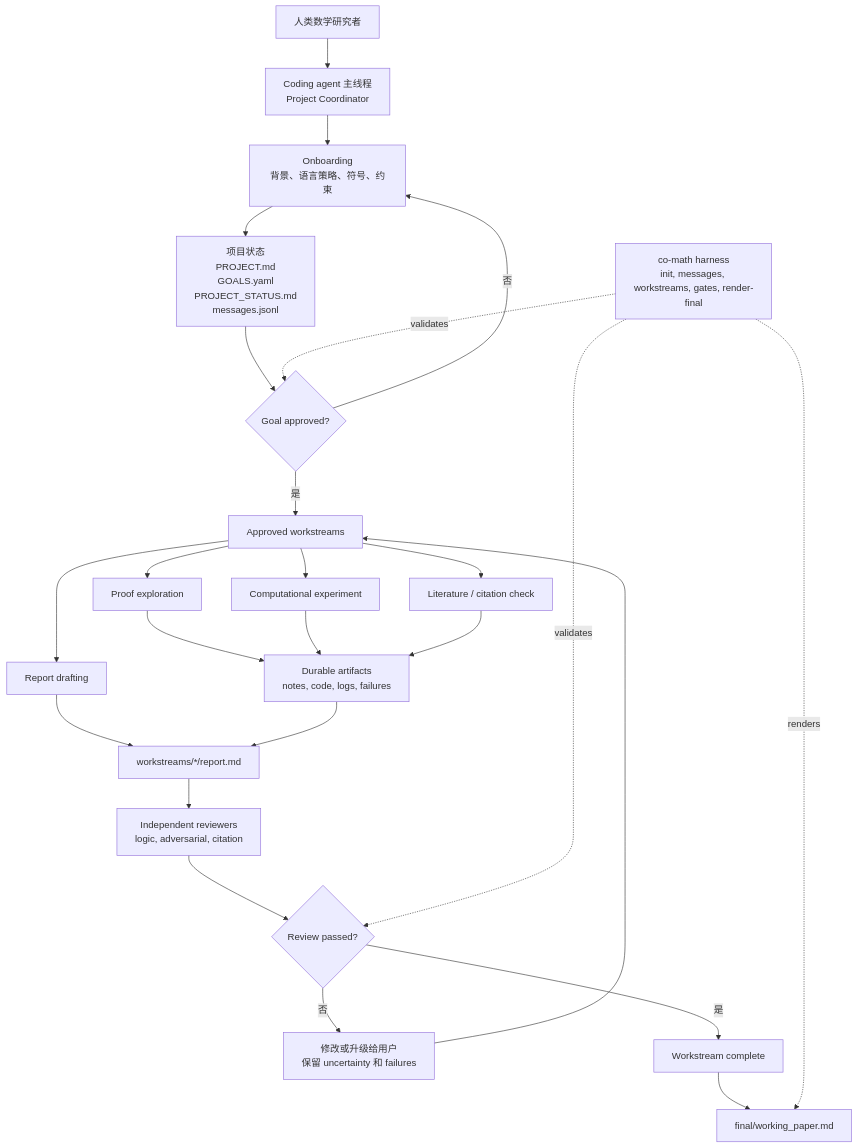
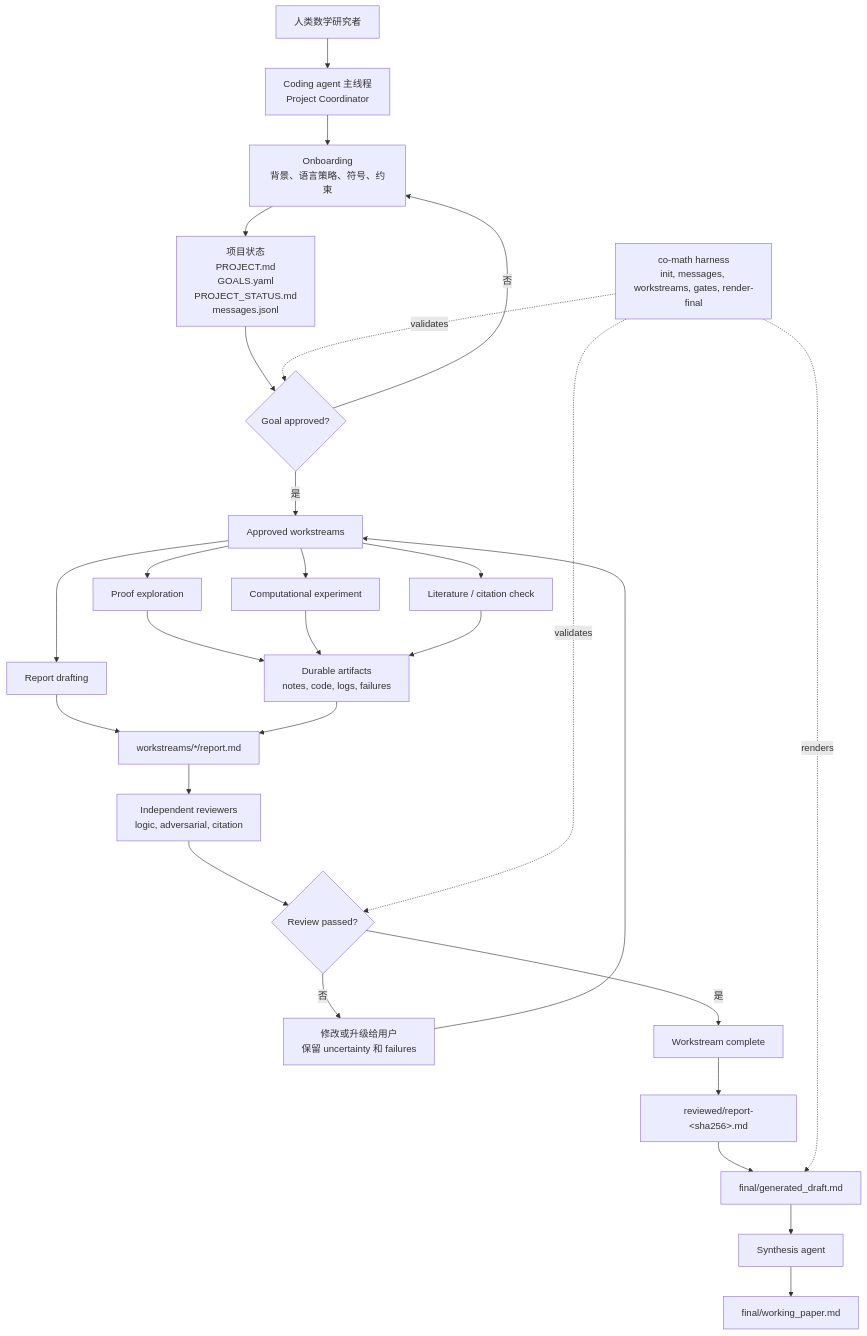
Before and after one commit to VeryMath/co-mathematician: the diagram in README.zh-CN.md, drawn with Mermaid. The commit also changed other lines of this file and 56 other files, not shown here.

````diff
--- a/README.zh-CN.md
+++ b/README.zh-CN.md
@@ -291,35 +341,38 @@
 ```mermaid
 flowchart TD
     User["人类数学研究者"] --> Coordinator["Coding agent 主线程<br/>Project Coordinator"]
 
     Coordinator --> Onboarding["Onboarding<br/>背景、语言策略、符号、约束"]
     Onboarding --> ProjectFiles["项目状态<br/>PROJECT.md<br/>GOALS.yaml<br/>PROJECT_STATUS.md<br/>messages.jsonl"]
 
     ProjectFiles --> GoalGate{"Goal approved?"}
     GoalGate -- "否" --> Onboarding
     GoalGate -- "是" --> Workstreams["Approved workstreams"]
 
     Workstreams --> Proof["Proof exploration"]
     Workstreams --> Compute["Computational experiment"]
     Workstreams --> Literature["Literature / citation check"]
     Workstreams --> ReportDraft["Report drafting"]
 
     Proof --> Artifacts["Durable artifacts<br/>notes, code, logs, failures"]
     Compute --> Artifacts
     Literature --> Artifacts
     ReportDraft --> Report["workstreams/*/report.md"]
     Artifacts --> Report
 
     Report --> Reviewers["Independent reviewers<br/>logic, adversarial, citation"]
     Reviewers --> ReviewGate{"Review passed?"}
     ReviewGate -- "否" --> Revision["修改或升级给用户<br/>保留 uncertainty 和 failures"]
     Revision --> Workstreams
     ReviewGate -- "是" --> Complete["Workstream complete"]
 
-    Complete --> Final["final/working_paper.md"]
+    Complete --> Snapshot["reviewed/report-&lt;sha256&gt;.md"]
+    Snapshot --> Generated["final/generated_draft.md"]
+    Generated --> Synthesis["Synthesis agent"]
+    Synthesis --> Final["final/working_paper.md"]
 
     Harness["co-math harness<br/>init, messages, workstreams, gates, render-final"]
     Harness -. validates .-> GoalGate
     Harness -. validates .-> ReviewGate
-    Harness -. renders .-> Final
+    Harness -. renders .-> Generated
 ```
````
